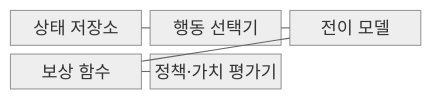
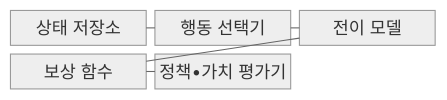
The first of 2 diagrams in src/content/docs/notes/08-latest-tech/096_markov_decision_process.md (agnusdei1207/knowledge-base), drawn with Mermaid (neutral theme) before and after one commit. The commit also changed other lines of this file and 953 other files, not shown here.

````diff
--- a/src/content/docs/notes/08-latest-tech/096_markov_decision_process.md
+++ b/src/content/docs/notes/08-latest-tech/096_markov_decision_process.md
@@ -71,13 +71,13 @@
 ```mermaid
 block-beta
   columns 3
   state["상태 저장소"]
   action["행동 선택기"]
   transition["전이 모델"]
   reward["보상 함수"]
-  policy["정책·가치 평가기"]
+  policy["정책•가치 평가기"]
   state --- action
   action --- transition
   transition --- reward
   reward --- policy
 ```
````
